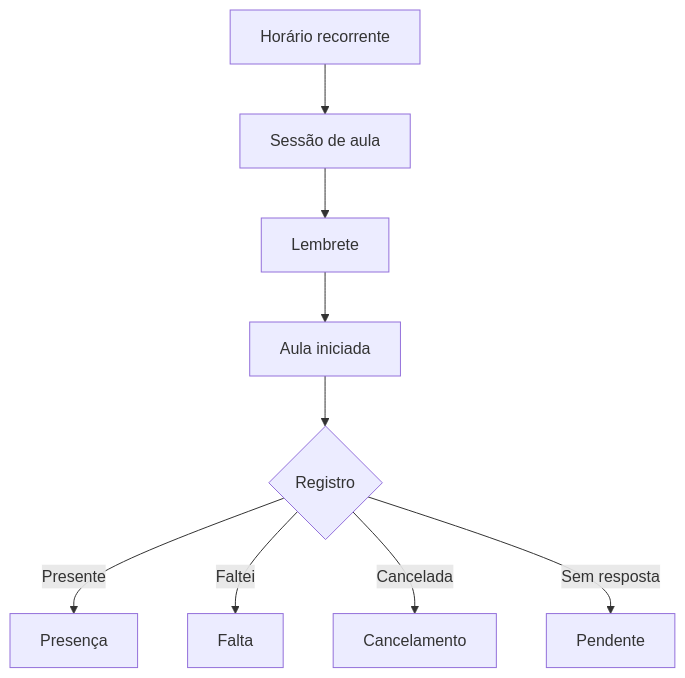
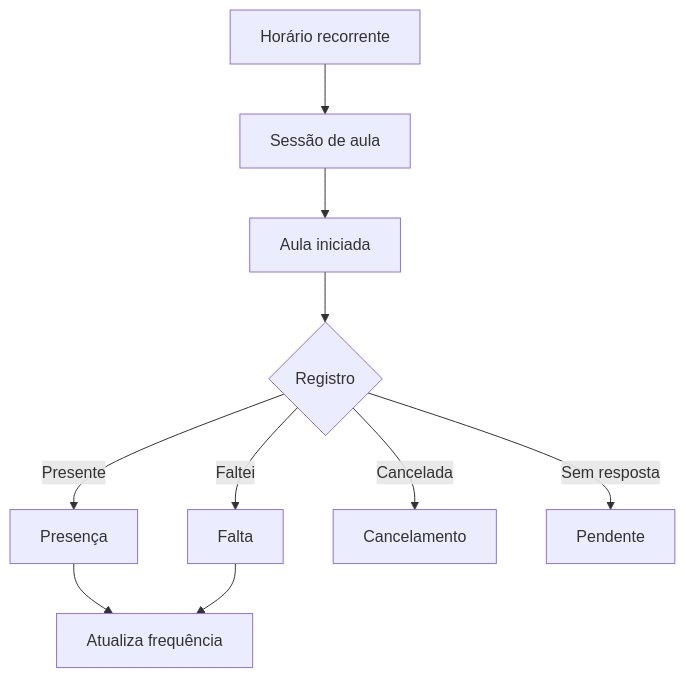
One commit to VictorAms12/academia-flow changed the first of 3 diagrams in README.md. Above: the diagram before and after it, drawn with Mermaid. The commit also changed other lines of this file, not shown here.

Commit message:
docs: atualiza README para 2.6.5 e backup seguro

````diff
--- a/README.md
+++ b/README.md
@@ -77,11 +73,12 @@
 ```mermaid
 flowchart TD
     A[Horário recorrente] --> B[Sessão de aula]
-    B --> C[Lembrete]
-    C --> D[Aula iniciada]
-    D --> E{Registro}
-    E -->|Presente| F[Presença]
-    E -->|Faltei| G[Falta]
-    E -->|Cancelada| H[Cancelamento]
-    E -->|Sem resposta| I[Pendente]
+    B --> C[Aula iniciada]
+    C --> D{Registro}
+    D -->|Presente| E[Presença]
+    D -->|Faltei| F[Falta]
+    D -->|Cancelada| G[Cancelamento]
+    D -->|Sem resposta| H[Pendente]
+    E --> I[Atualiza frequência]
+    F --> I
 ```
````
